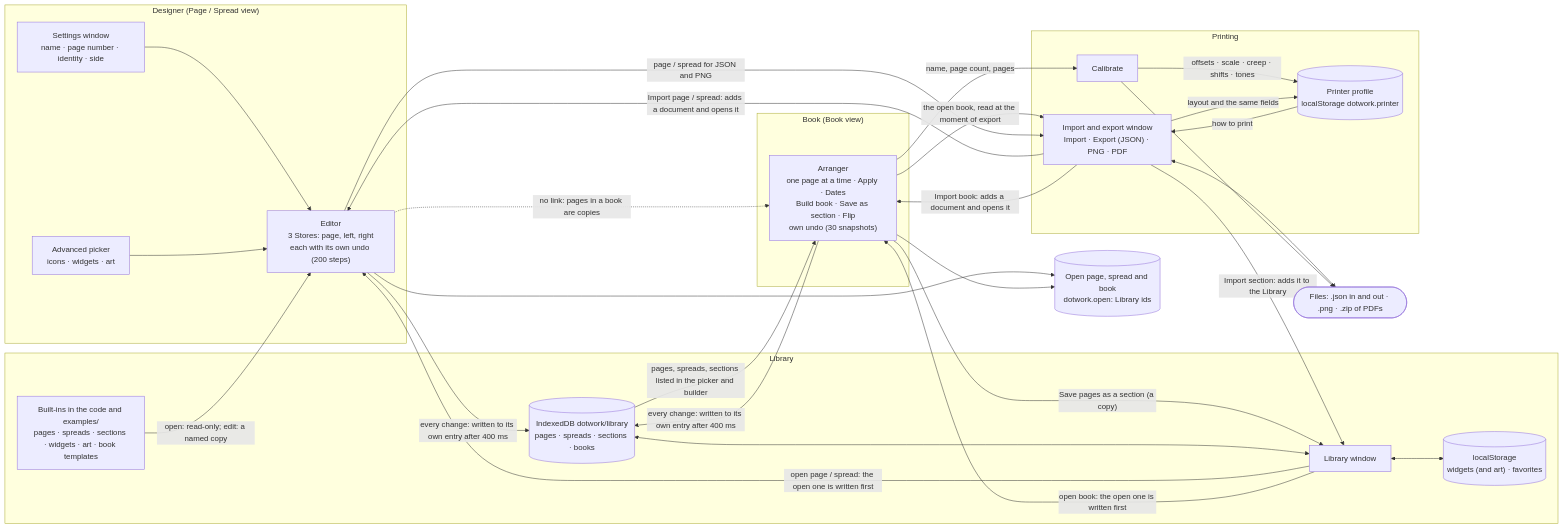
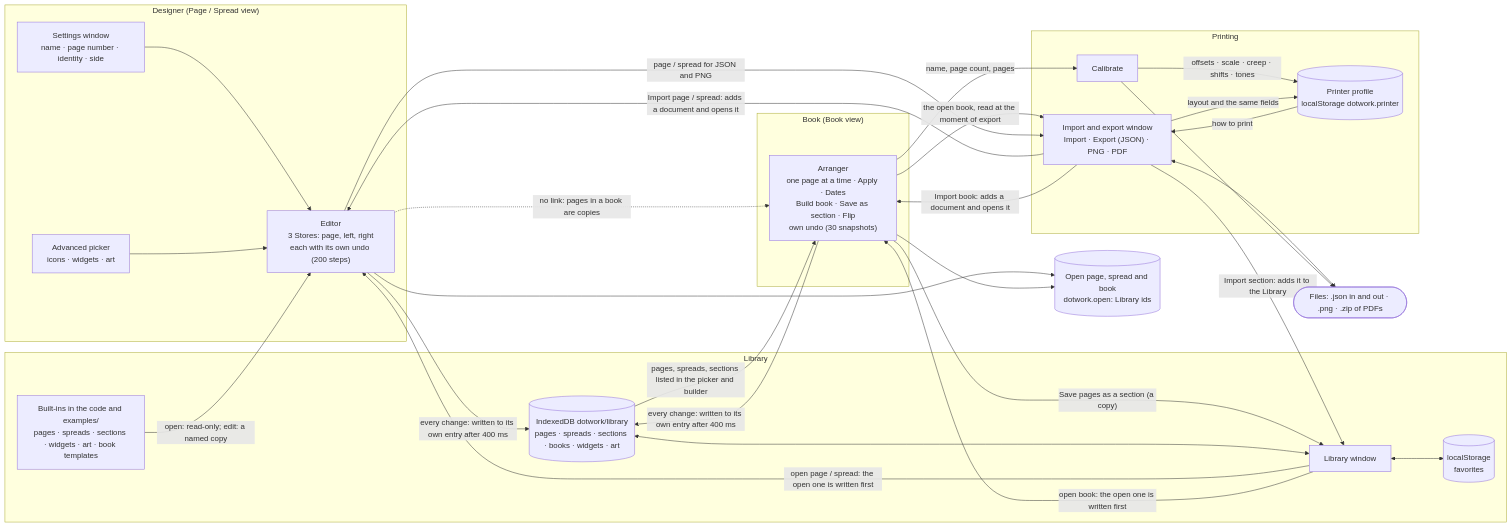
One commit to skillkraftz/dotwork changed the diagram in docs/product-map.md. Above: the diagram before and after it, drawn with Mermaid. The commit also changed other lines of this file and 44 other files, not shown here.

First line of the commit message:
Phase 3: full backup; widgets and art become documents; template books with options are documents

````diff
--- a/docs/product-map.md
+++ b/docs/product-map.md
@@ -11,55 +11,55 @@
 ```mermaid
 flowchart LR
   subgraph DESIGNER["Designer (Page / Spread view)"]
     ED["Editor<br/>3 Stores: page, left, right<br/>each with its own undo (200 steps)"]
     ADV["Advanced picker<br/>icons · widgets · art"]
     SET["Settings window<br/>name · page number · identity · side"]
   end
 
   subgraph BOOK["Book (Book view)"]
     ARR["Arranger<br/>one page at a time · Apply · Dates<br/>Build book · Save as section · Flip<br/>own undo (30 snapshots)"]
   end
 
   subgraph LIB["Library"]
     LIBW["Library window"]
-    IDB[("IndexedDB dotwork/library<br/>pages · spreads · sections · books")]
-    LS[("localStorage<br/>widgets (and art) · favorites")]
+    IDB[("IndexedDB dotwork/library<br/>pages · spreads · sections · books · widgets · art")]
+    LS[("localStorage<br/>favorites")]
     BUILT["Built-ins in the code and examples/<br/>pages · spreads · sections · widgets · art · book templates"]
   end
 
   subgraph PRINT["Printing"]
     EXP["Import and export window<br/>Import · Export (JSON) · PNG · PDF"]
     CAL["Calibrate"]
     PP[("Printer profile<br/>localStorage dotwork.printer")]
   end
 
   OPEN[("Open page, spread and book<br/>dotwork.open: Library ids")]
   FILES(["Files: .json in and out · .png · .zip of PDFs"])
 
   ED -- "every change: written to its own entry after 400 ms" --> IDB
   ED --> OPEN
   SET --> ED
   ADV --> ED
   LIBW <--> IDB
   LIBW <--> LS
   BUILT -- "open: read-only; edit: a named copy" --> ED
   LIBW -- "open page / spread: the open one is written first" --> ED
   LIBW -- "open book: the open one is written first" --> ARR
   IDB -- "pages, spreads, sections listed in the picker and builder" --> ARR
   ARR -- "every change: written to its own entry after 400 ms" --> IDB
   ARR --> OPEN
   ED -. "no link: pages in a book are copies" .-> ARR
   ARR -- "Save pages as a section (a copy)" --> LIBW
 
   CAL -- "offsets · scale · creep · shifts · tones" --> PP
   EXP -- "layout and the same fields" --> PP
   PP -- "how to print" --> EXP
   ARR -- "the open book, read at the moment of export" --> EXP
   ED -- "page / spread for JSON and PNG" --> EXP
   ARR -- "name, page count, pages" --> CAL
   EXP <--> FILES
   CAL --> FILES
   EXP -- "Import page / spread: adds a document and opens it" --> ED
   EXP -- "Import book: adds a document and opens it" --> ARR
   EXP -- "Import section: adds it to the Library" --> LIBW
 ```
````
